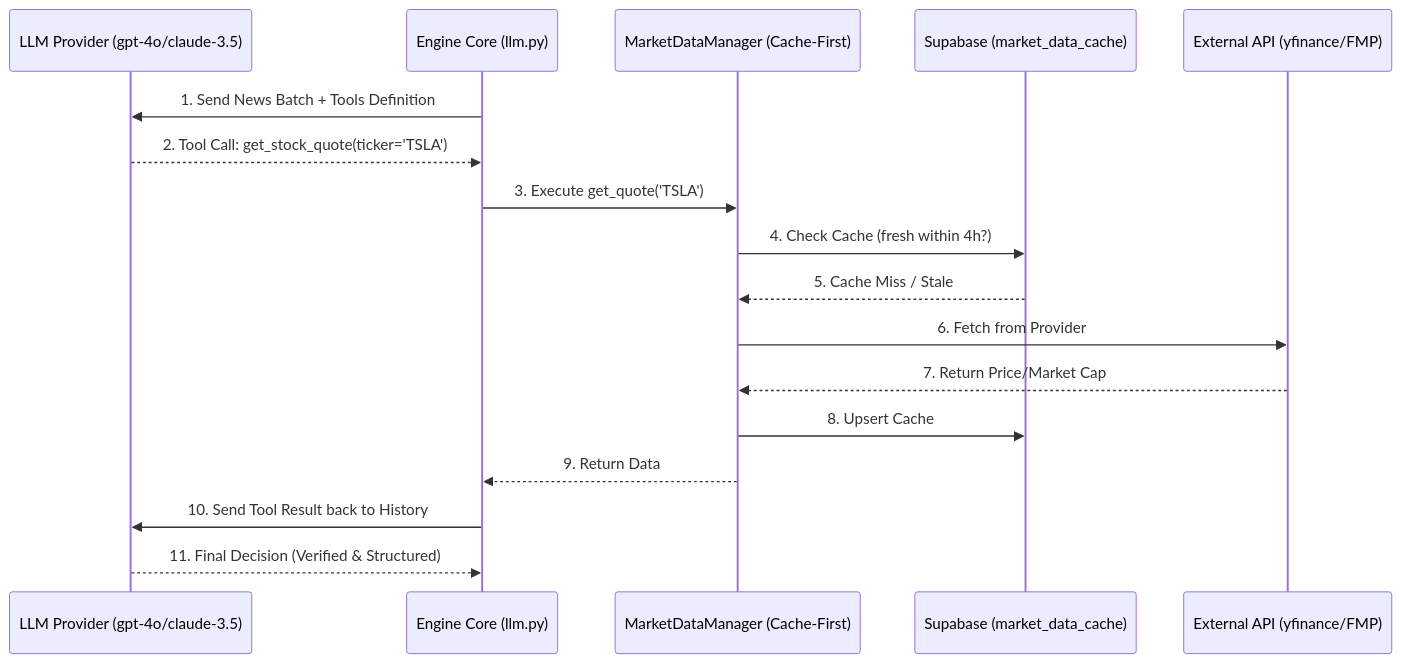
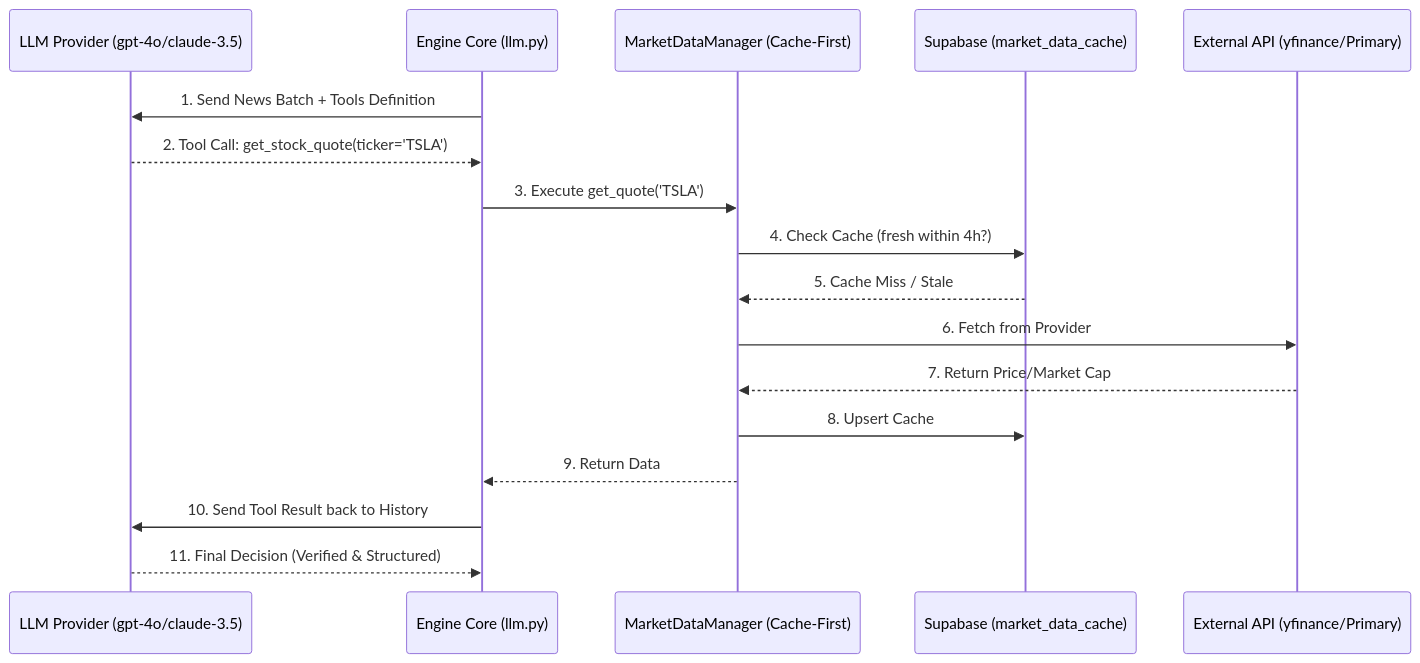
One commit to g-vega-cl/llm-market-bench changed the diagram in docs/engine/data-flow.md. Above: the diagram before and after it, drawn with Mermaid. The commit also changed other lines of this file and 10 other files, not shown here.

````diff
--- a/docs/engine/data-flow.md
+++ b/docs/engine/data-flow.md
@@ -448,20 +448,20 @@
 ```mermaid
 sequenceDiagram
     participant LLM as LLM Provider (gpt-4o/claude-3.5)
     participant Core as Engine Core (llm.py)
     participant MDM as MarketDataManager (Cache-First)
     participant DB as Supabase (market_data_cache)
-    participant API as External API (yfinance/FMP)
+    participant API as External API (yfinance/Primary)
 
     Core->>LLM: 1. Send News Batch + Tools Definition
     LLM-->>Core: 2. Tool Call: get_stock_quote(ticker='TSLA')
     Core->>MDM: 3. Execute get_quote('TSLA')
     MDM->>DB: 4. Check Cache (fresh within 4h?)
     DB-->>MDM: 5. Cache Miss / Stale
     MDM->>API: 6. Fetch from Provider
     API-->>MDM: 7. Return Price/Market Cap
     MDM->>DB: 8. Upsert Cache
     MDM-->>Core: 9. Return Data
     Core->>LLM: 10. Send Tool Result back to History
     LLM-->>Core: 11. Final Decision (Verified & Structured)
 ```
````
